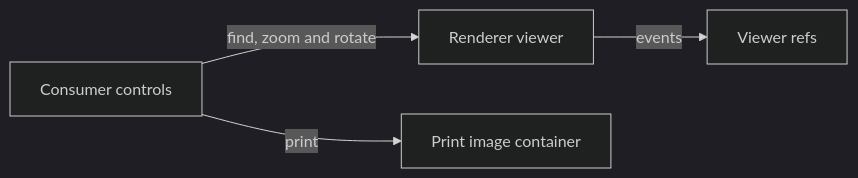
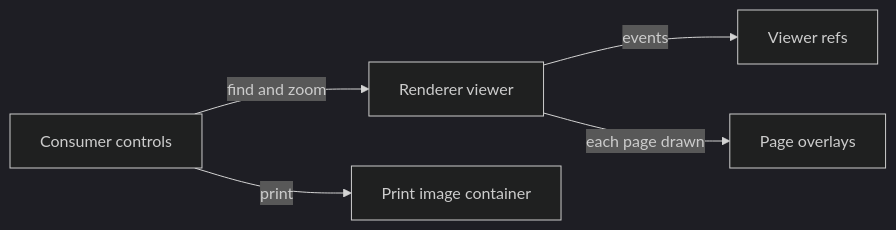
Before and after one commit to Esposter/Esposter: the diagram in openspec/specs/vue-pdfjs-headless/viewer/design.md, drawn with Mermaid (dark theme). The commit also changed other lines of this file and 95 other files, not shown here.

````diff
--- a/openspec/specs/vue-pdfjs-headless/viewer/design.md
+++ b/openspec/specs/vue-pdfjs-headless/viewer/design.md
@@ -19,6 +21,7 @@
 ```mermaid
 flowchart LR
   renderer["Renderer viewer"] -->|"events"| refs["Viewer refs"]
-  controls["Consumer controls"] -->|"find, zoom and rotate"| renderer
+  controls["Consumer controls"] -->|"find and zoom"| renderer
+  renderer -->|"each page drawn"| overlays["Page overlays"]
   controls -->|"print"| sheets["Print image container"]
 ```
````
